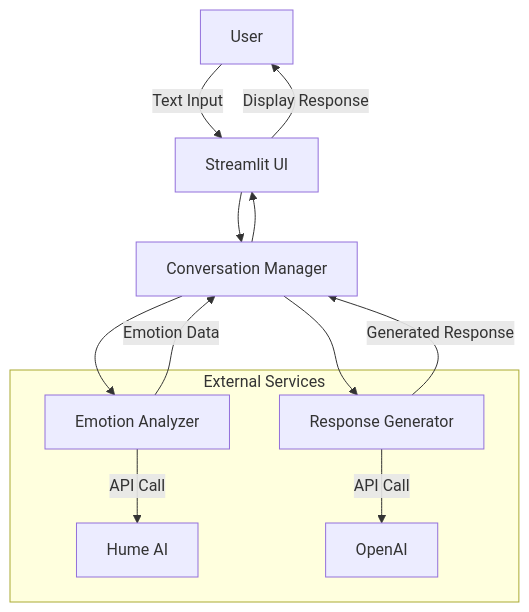
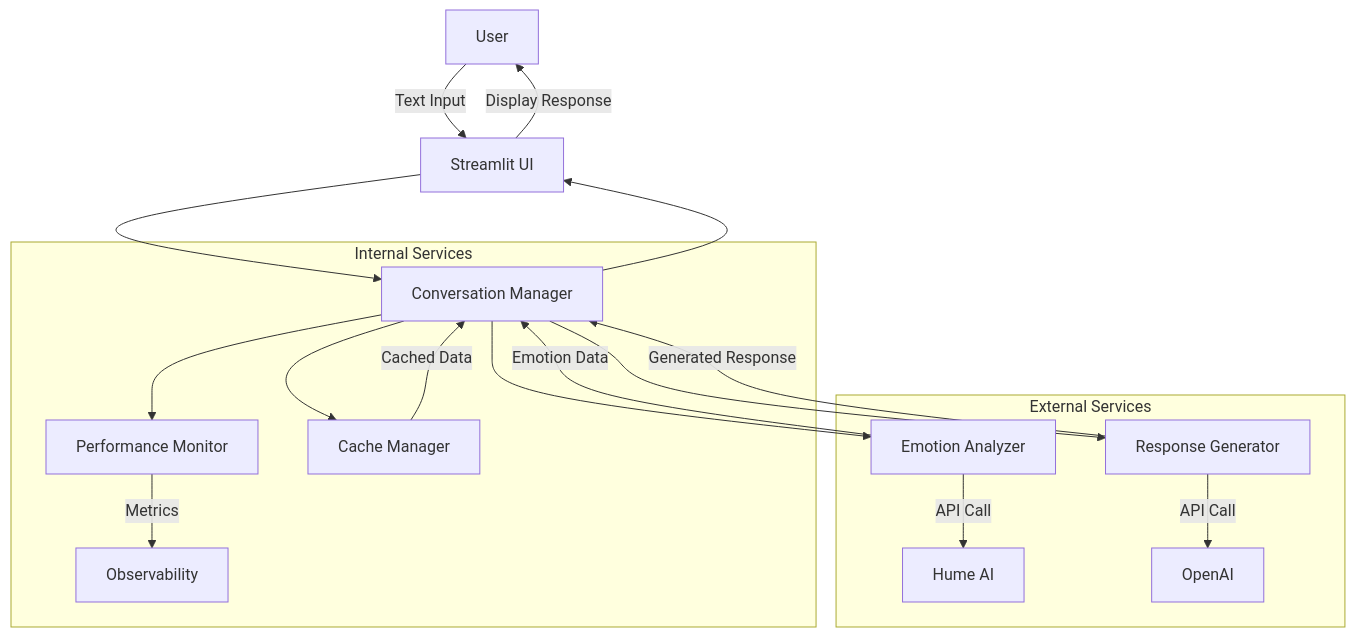
Before and after one commit to hmm29/conversational-emotion-ai: the diagram in docs/architecture.md, drawn with Mermaid. The commit also changed other lines of this file, not shown here.

Commit message:
docs: update architecture documentation with improved diagrams and component details

`````diff
--- a/docs/architecture.md
+++ b/docs/architecture.md
@@ -9,16 +7,23 @@
 ```mermaid
 graph TD
     A[User] -->|Text Input| B[Streamlit UI]
     B --> C[Conversation Manager]
     C --> D[Emotion Analyzer]
     D -->|Emotion Data| C
     C --> E[Response Generator]
     E -->|Generated Response| C
     C --> B
     B -->|Display Response| A
     
     subgraph External Services
         D -->|API Call| F[Hume AI]
         E -->|API Call| G[OpenAI]
     end
-```
+    
+    subgraph Internal Services
+        C --> H[Performance Monitor]
+        H -->|Metrics| I[Observability]
+        C --> J[Cache Manager]
+        J -->|Cached Data| C
+    end
+````
`````
